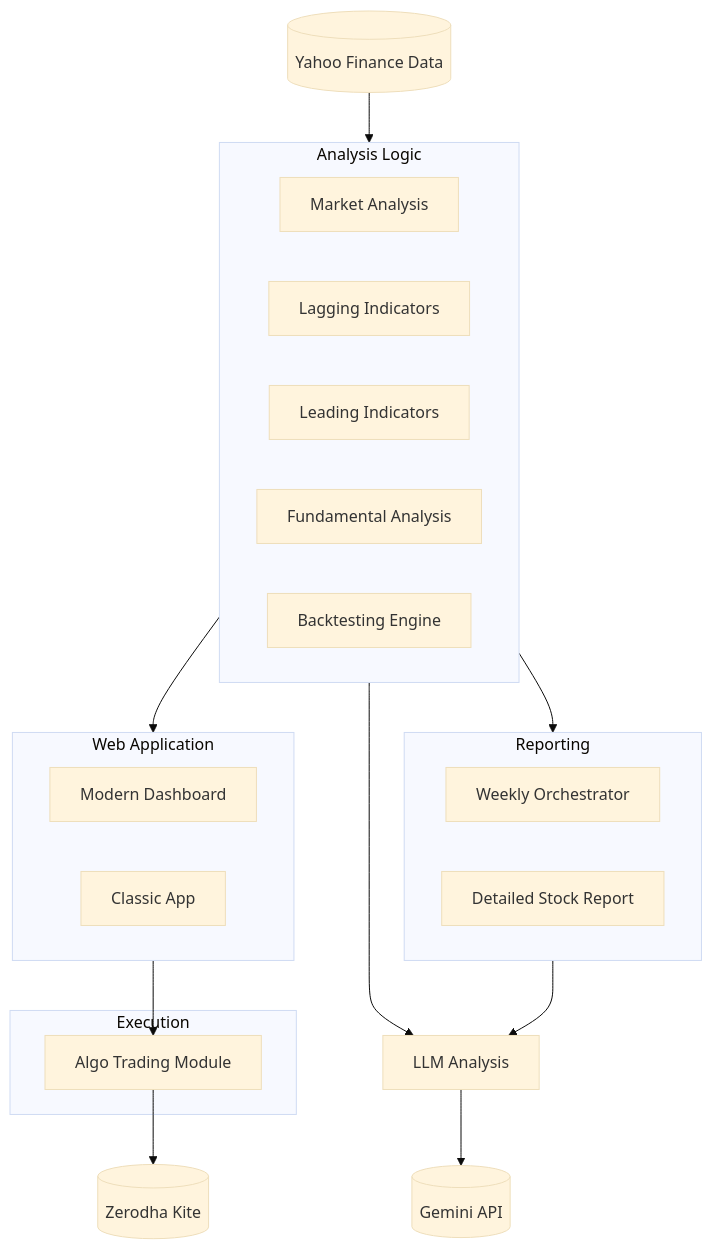
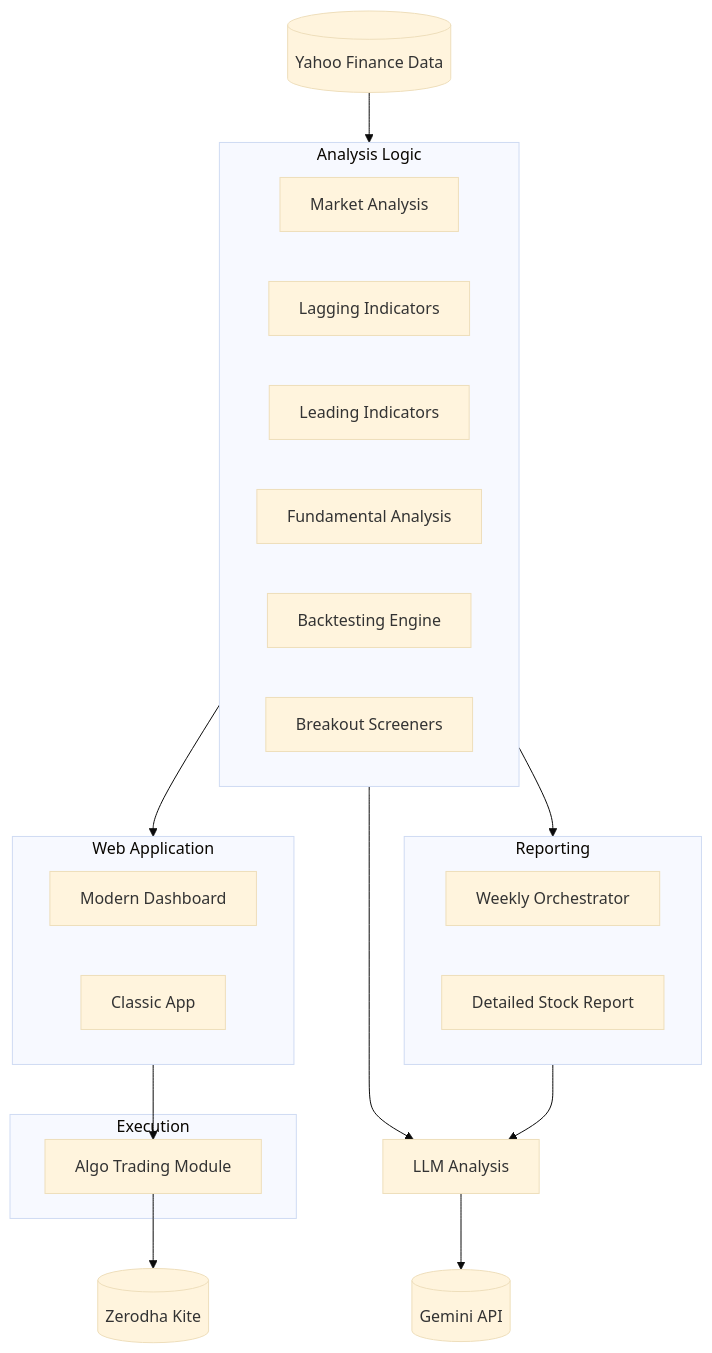
The diagram in README.md (anshulsolanki/stock_research), drawn with Mermaid (base theme) before and after one commit. The commit also changed other lines of this file and 196 other files, not shown here.

````diff
--- a/README.md
+++ b/README.md
@@ -28,36 +29,37 @@
 ```mermaid
 graph TD
     Data[(Yahoo Finance Data)] --> Analysis[Analysis Modules]
     
     subgraph Analysis [Analysis Logic]
         Market[Market Analysis]
         Lagging[Lagging Indicators]
         Leading[Leading Indicators]
         Fund[Fundamental Analysis]
         Backtest[Backtesting Engine]
+        Screeners[Breakout Screeners]
     end
     
     Analysis --> WebUI[Web Interface]
     Analysis --> PDF[Automated Reports]
     Analysis --> LLM[LLM Analysis]
     
     subgraph WebUI [Web Application]
         Dashboard[Modern Dashboard]
         Classic[Classic App]
     end
     
     subgraph PDF [Reporting]
         Weekly[Weekly Orchestrator]
         StockReport[Detailed Stock Report]
     end
 
     PDF --> LLM
     LLM --> Gemini[(Gemini API)]
     
     subgraph Trading [Execution]
         Algo[Algo Trading Module]
     end
     
     WebUI --> Algo
     Algo --> Zerodha[(Zerodha Kite)]
 ```
````
